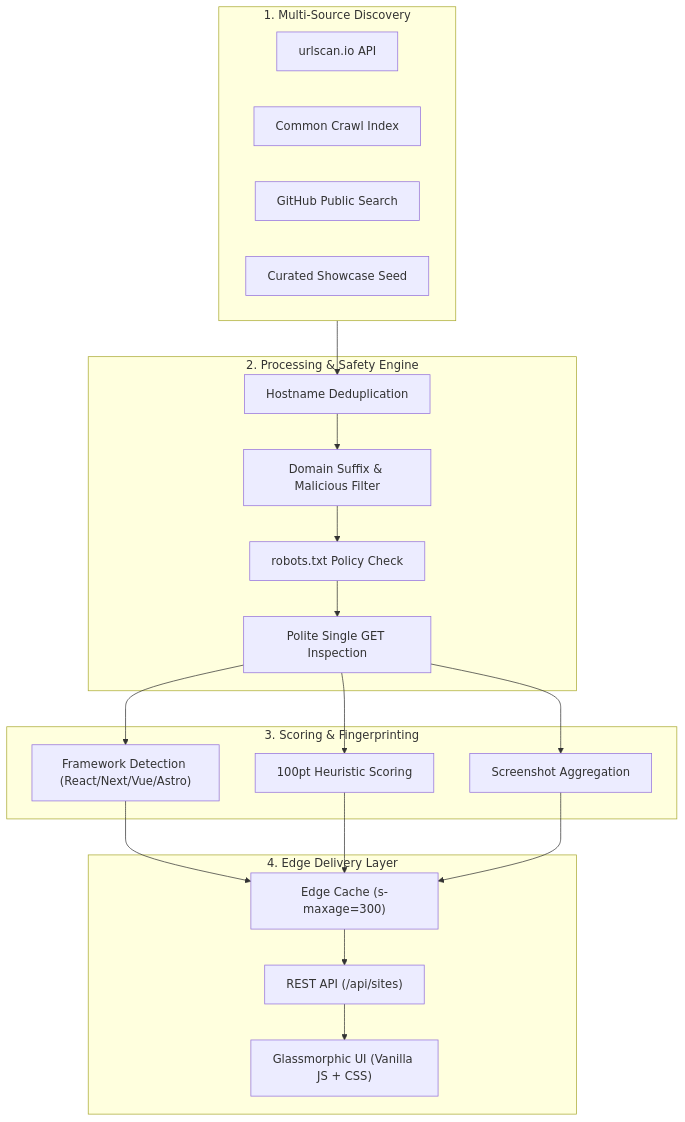
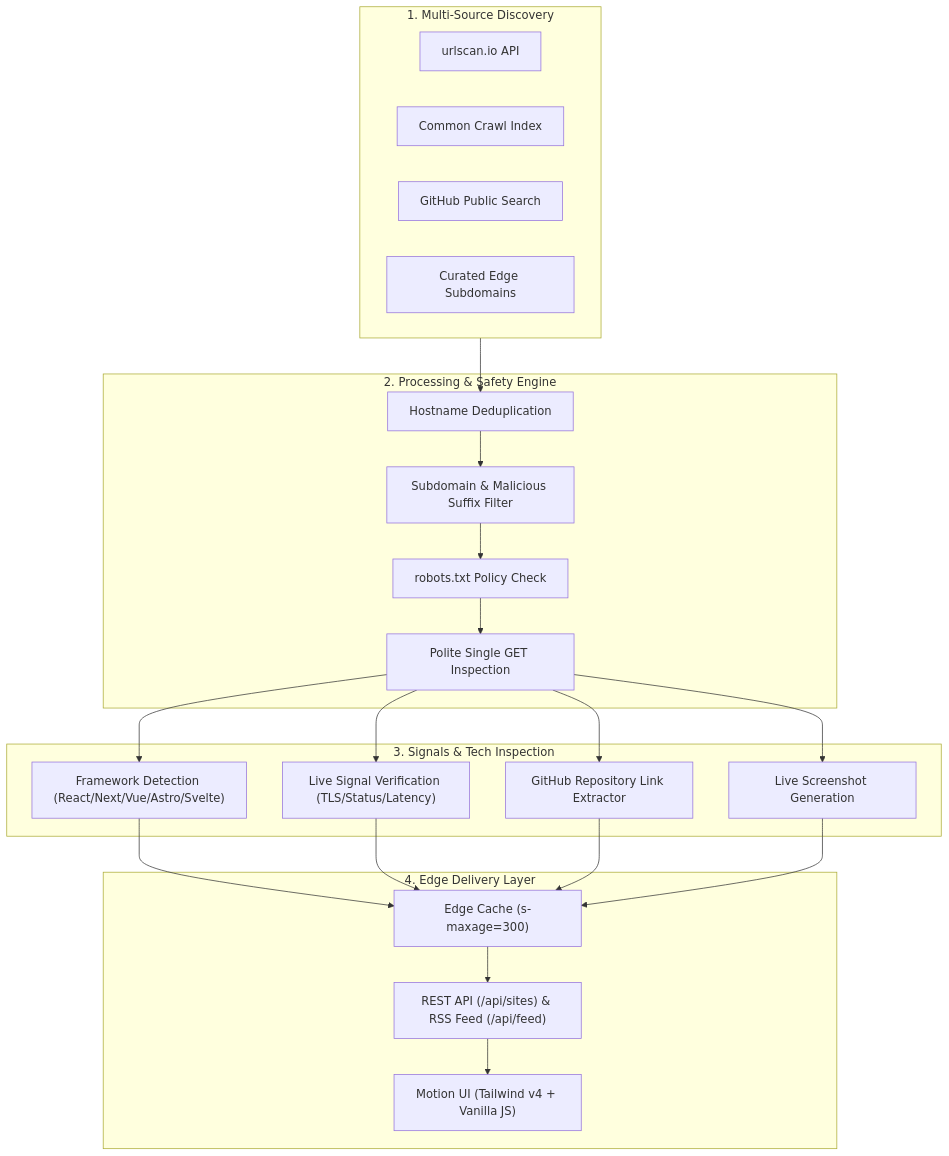
One commit to jojin1709/SiteScout changed the diagram in README.md. Above: the diagram before and after it, drawn with Mermaid. The commit also changed other lines of this file, not shown here.

Commit message:
docs: update README with RSS endpoints, tech signals, and feature highlights

````diff
--- a/README.md
+++ b/README.md
@@ -77,32 +89,33 @@
 ```mermaid
 flowchart TD
     subgraph Sources["1. Multi-Source Discovery"]
         URL["urlscan.io API"]
         CC["Common Crawl Index"]
         GH["GitHub Public Search"]
-        SEED["Curated Showcase Seed"]
+        SEED["Curated Edge Subdomains"]
     end
 
     subgraph Pipeline["2. Processing & Safety Engine"]
         DEDUPE["Hostname Deduplication"]
-        SEC["Domain Suffix & Malicious Filter"]
+        SEC["Subdomain & Malicious Suffix Filter"]
         ROBOTS["robots.txt Policy Check"]
         INSPECT["Polite Single GET Inspection"]
     end
 
-    subgraph Analysis["3. Scoring & Fingerprinting"]
-        FRAME["Framework Detection (React/Next/Vue/Astro)"]
-        SCORE["100pt Heuristic Scoring"]
-        SHOT["Screenshot Aggregation"]
+    subgraph Analysis["3. Signals & Tech Inspection"]
+        FRAME["Framework Detection (React/Next/Vue/Astro/Svelte)"]
+        SIGNALS["Live Signal Verification (TLS/Status/Latency)"]
+        REPO["GitHub Repository Link Extractor"]
+        SHOT["Live Screenshot Generation"]
     end
 
     subgraph Edge["4. Edge Delivery Layer"]
         CACHE["Edge Cache (s-maxage=300)"]
-        API["REST API (/api/sites)"]
-        UI["Glassmorphic UI (Vanilla JS + CSS)"]
+        API["REST API (/api/sites) & RSS Feed (/api/feed)"]
+        UI["Motion UI (Tailwind v4 + Vanilla JS)"]
     end
 
     Sources --> DEDUPE --> SEC --> ROBOTS --> INSPECT
-    INSPECT --> FRAME & SCORE & SHOT
-    FRAME & SCORE & SHOT --> CACHE --> API --> UI
+    INSPECT --> FRAME & SIGNALS & REPO & SHOT
+    FRAME & SIGNALS & REPO & SHOT --> CACHE --> API --> UI
 ```
````
